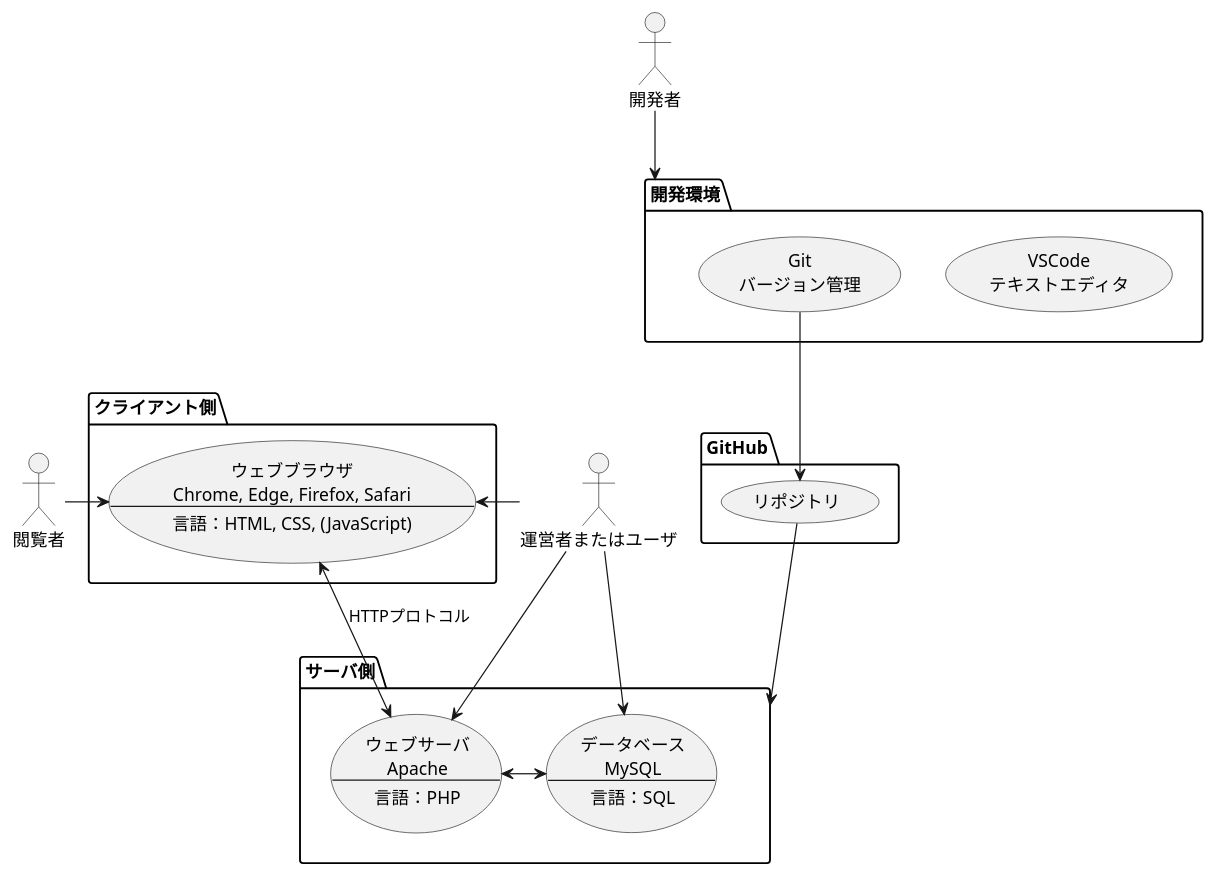
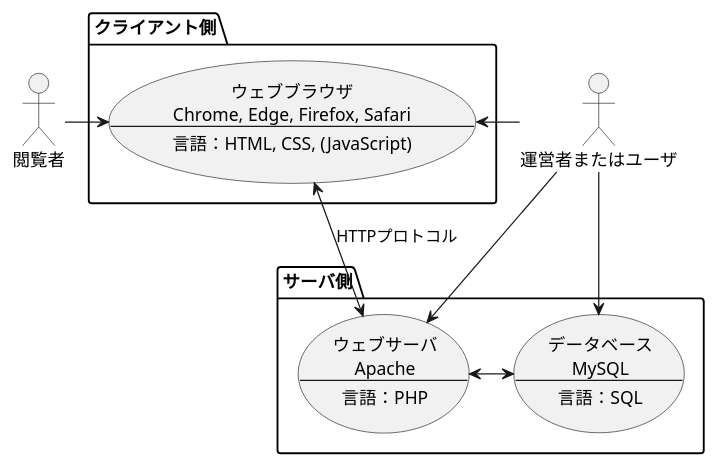
Before and after one commit to taroyabuki/pmpractice2: the diagram in docs/usecase.md, drawn with PlantUML. The commit also changed 1 other file, not shown here.

````diff
--- a/docs/usecase.md
+++ b/docs/usecase.md
@@ -1,48 +1,33 @@
 ```puml
 @startuml
 
-actor 開発者
 actor 閲覧者
 actor 運営者またはユーザ
 
 package クライアント側 {
 usecase ブラウザ as "ウェブブラウザ
 Chrome, Edge, Firefox, Safari
 --
 言語：HTML, CSS, (JavaScript)"
 }
 
 package サーバ側 {
 usecase ウェブサーバ as "ウェブサーバ
 Apache
 --
 言語：PHP"
 
 usecase データベース as "データベース
 MySQL
 --
 言語：SQL"
 }
 
-package 開発環境 {
-usecase VSCode as "VSCode
-テキストエディタ"
-usecase Git as "Git
-バージョン管理"
-}
-
-package GitHub {
-usecase リポジトリ
-}
-
 閲覧者 -> ブラウザ
 ブラウザ <- 運営者またはユーザ
 運営者またはユーザ --> ウェブサーバ
 運営者またはユーザ --> データベース
 ブラウザ <--> ウェブサーバ : HTTPプロトコル
 ウェブサーバ <-> データベース
-開発者 --> 開発環境
-Git --> リポジトリ
-リポジトリ --> サーバ側
 @enduml
 ```
````
